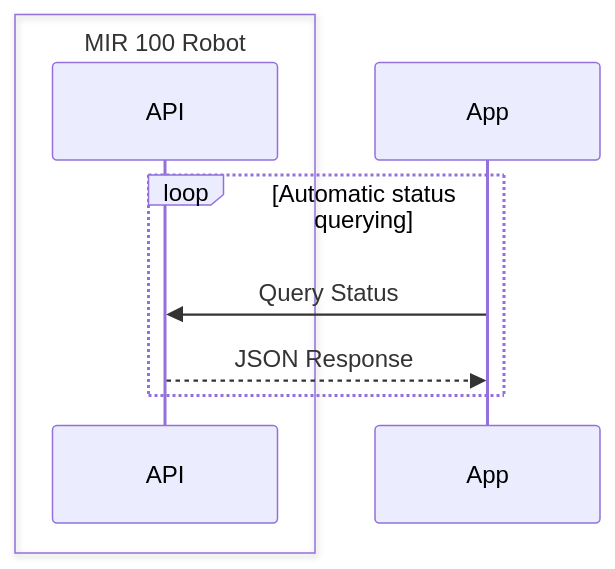
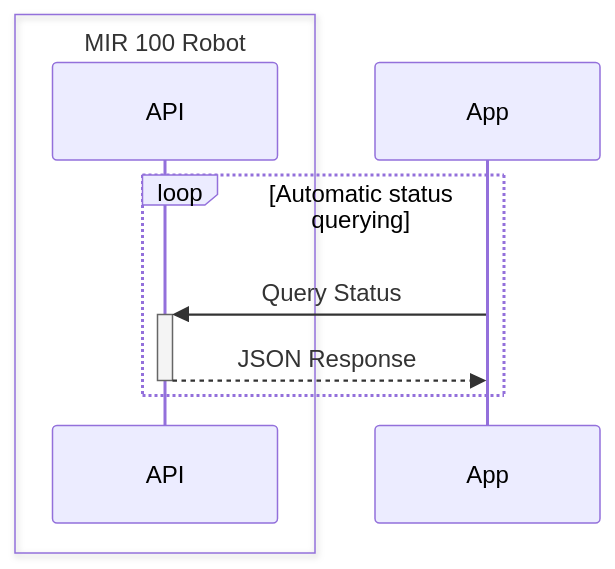
One commit to C4lopsitta/MIR-Controller changed the first of 2 diagrams in docs/App.md. Above: the diagram before and after it, drawn with Mermaid. The commit also changed other lines of this file, not shown here.

First line of the commit message:
docs: Add sequence diagrams for status querying and mission enqueueing

````diff
--- a/docs/App.md
+++ b/docs/App.md
@@ -37,13 +37,12 @@
 ```mermaid
 sequenceDiagram
     box transparent MIR 100 Robot
 
     participant API
     end
 
     loop Automatic status querying
-    App ->> API: Query Status
-    API -->> App: JSON Response
+    App ->>+ API: Query Status
+    API -->>- App: JSON Response
     end
-
 ```
````
